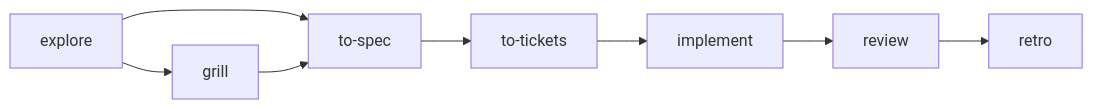
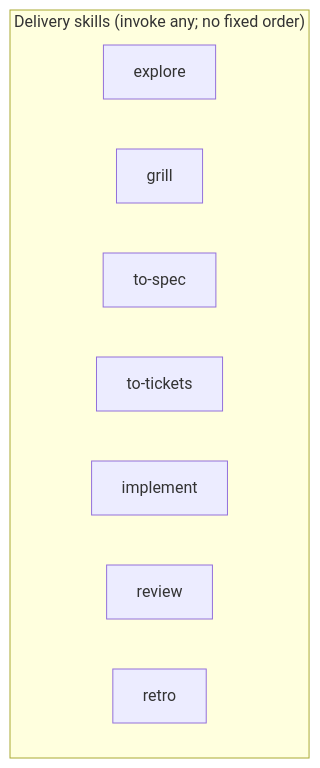
The diagram in docs/skills.md (gaboesquivel/flow-skills), drawn with Mermaid before and after one commit. The commit also changed 6 other files, not shown here.

````diff
--- a/docs/skills.md
+++ b/docs/skills.md
@@ -17,10 +17,12 @@
 ```mermaid
-flowchart LR
-  explore --> grill
-  explore --> toSpec[to-spec]
-  grill --> toSpec
-  toSpec --> toTickets[to-tickets]
-  toTickets --> implement
-  implement --> review
-  review --> retro
+flowchart TB
+  subgraph delivery["Delivery skills (invoke any; no fixed order)"]
+    explore
+    grill
+    toSpec[to-spec]
+    toTickets[to-tickets]
+    implement
+    review
+    retro
+  end
 ```
````
